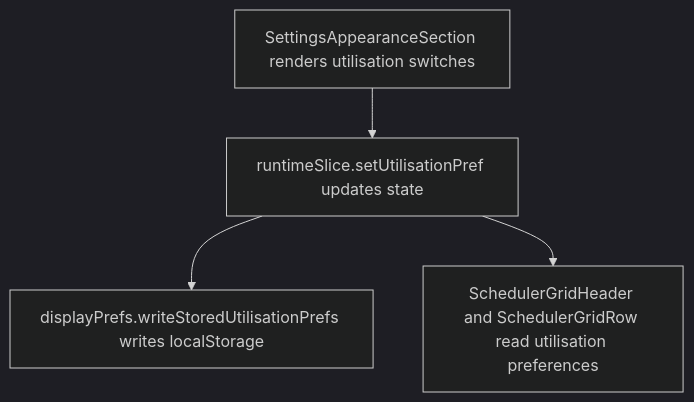
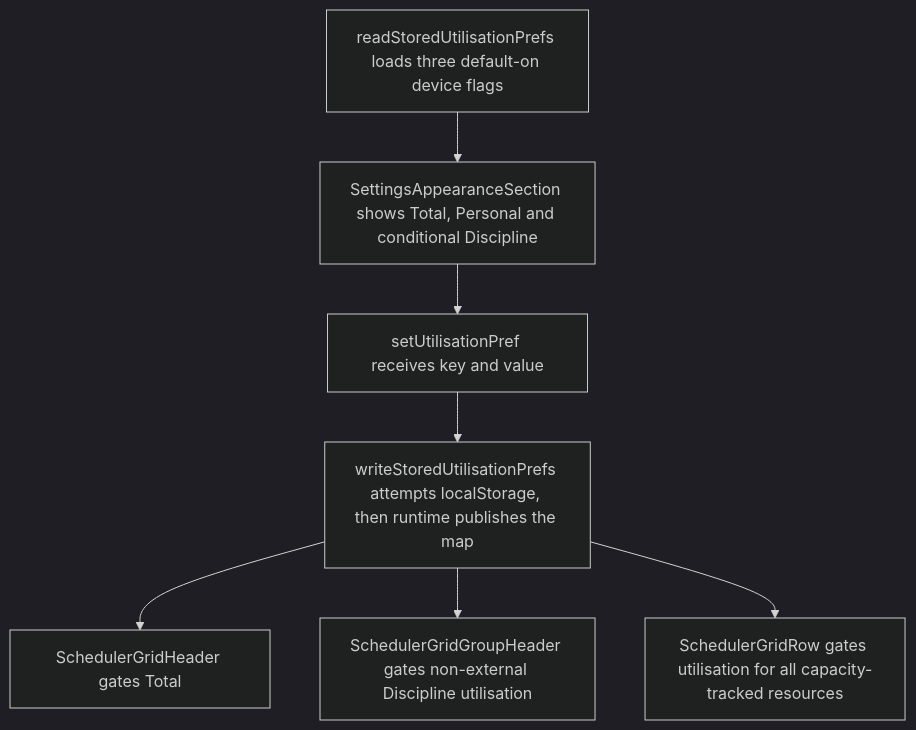
One commit to Kevinjohn/capacitylens changed the second of 2 diagrams in user-stories/settings/US-SET-27-utilisation-visibility.md. Above: the diagram before and after it, drawn with Mermaid (dark theme). The commit also changed other lines of this file and 172 other files, not shown here.

Commit message:
docs: reconcile user story code flows with source

````diff
--- a/user-stories/settings/US-SET-27-utilisation-visibility.md
+++ b/user-stories/settings/US-SET-27-utilisation-visibility.md
@@ -29,6 +29,9 @@
 ```mermaid
 flowchart TD
-  view["SettingsAppearanceSection renders utilisation switches"] --> setter["runtimeSlice.setUtilisationPref updates state"]
-  setter --> storage["displayPrefs.writeStoredUtilisationPrefs writes localStorage"]
-  setter --> overview["SchedulerGridHeader and SchedulerGridRow read utilisation preferences"]
+  prefs["readStoredUtilisationPrefs loads three default-on device flags"] --> control["SettingsAppearanceSection shows Total, Personal and conditional Discipline"]
+  control --> setter["setUtilisationPref receives key and value"]
+  setter --> store["writeStoredUtilisationPrefs attempts localStorage, then runtime publishes the map"]
+  store --> total["SchedulerGridHeader gates Total"]
+  store --> groups["SchedulerGridGroupHeader gates non-external Discipline utilisation"]
+  store --> person["SchedulerGridRow gates utilisation for all capacity-tracked resources"]
 ```
````
